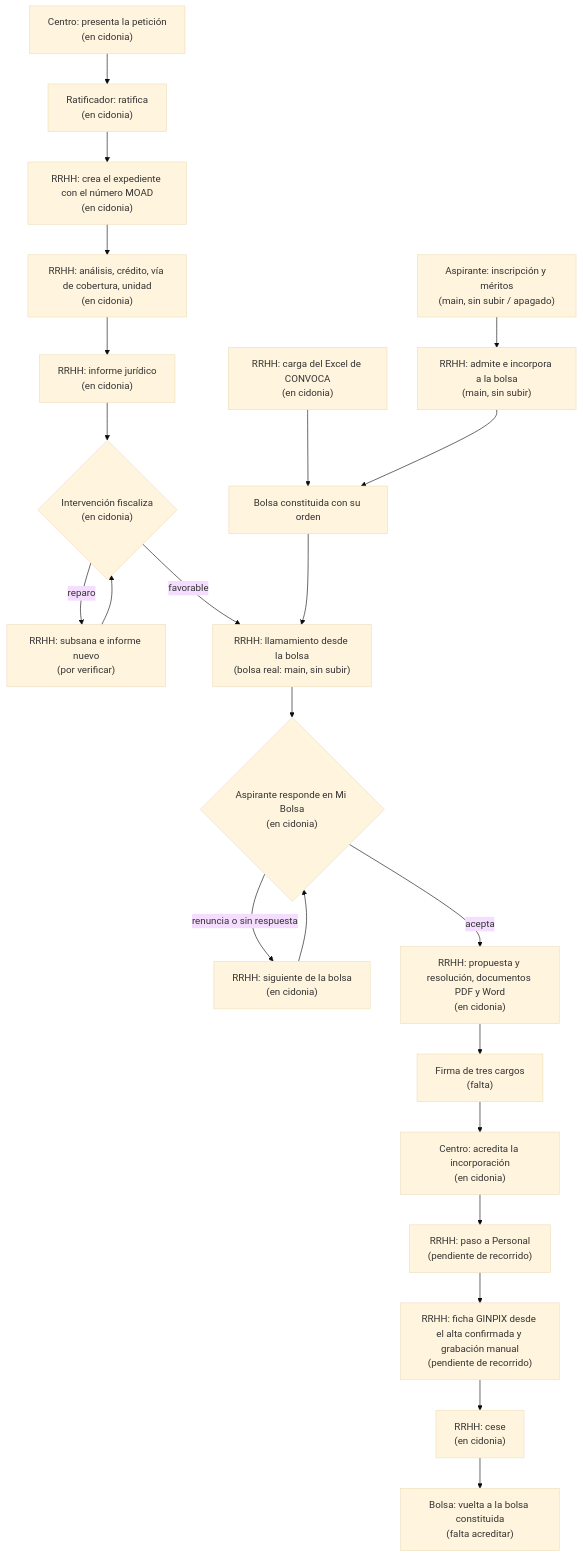
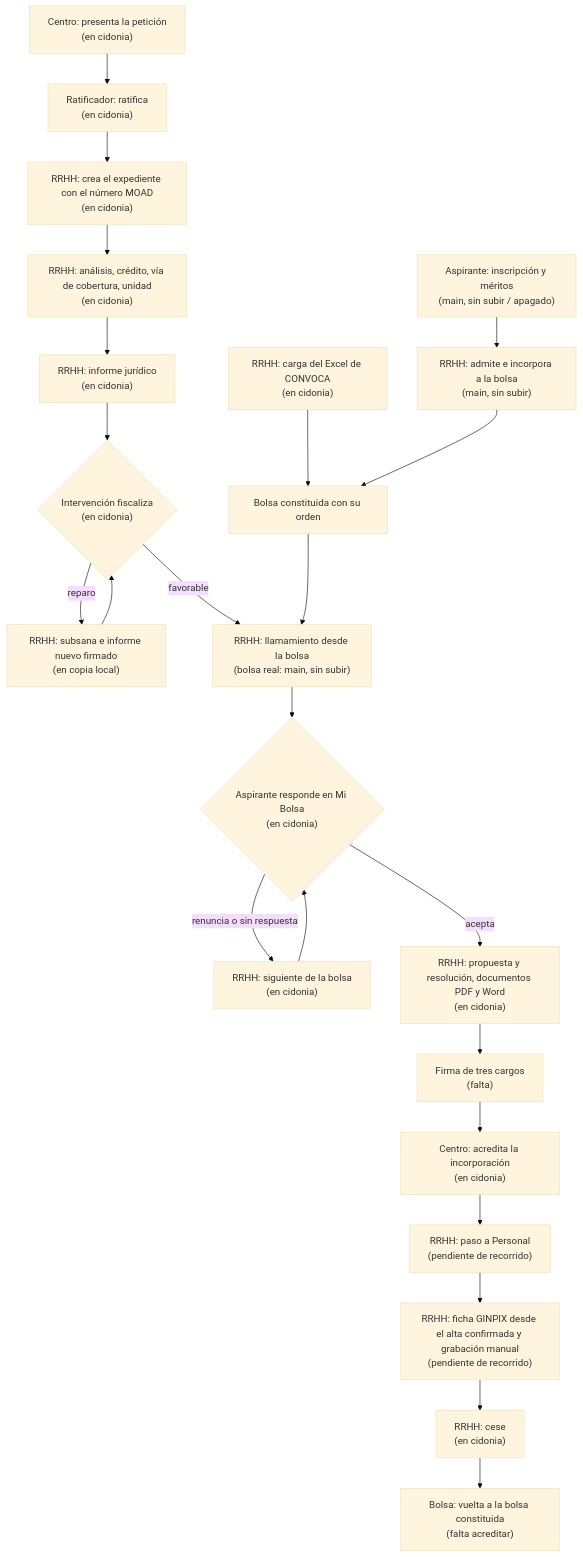
Before and after one commit to aavidad/VEC_Diputacion_app: the first of 3 diagrams in docs/producto/FLUJO_APP.md, drawn with Mermaid (base theme). The commit also changed other lines of this file and 4 other files, not shown here.

````diff
--- a/docs/producto/FLUJO_APP.md
+++ b/docs/producto/FLUJO_APP.md
@@ -391,25 +394,25 @@
 ```mermaid
 flowchart TD
   A1["Aspirante: inscripción y méritos<br/>(main, sin subir / apagado)"] --> R1["RRHH: admite e incorpora a la bolsa<br/>(main, sin subir)"]
   R0["RRHH: carga del Excel de CONVOCA<br/>(en cidonia)"] --> B["Bolsa constituida con su orden"]
   R1 --> B
   C1["Centro: presenta la petición<br/>(en cidonia)"] --> C2["Ratificador: ratifica<br/>(en cidonia)"]
   C2 --> R2["RRHH: crea el expediente con el número MOAD<br/>(en cidonia)"]
   R2 --> R3["RRHH: análisis, crédito, vía de cobertura, unidad<br/>(en cidonia)"]
   R3 --> R4["RRHH: informe jurídico<br/>(en cidonia)"]
   R4 --> I1{"Intervención fiscaliza<br/>(en cidonia)"}
-  I1 -- reparo --> R5["RRHH: subsana e informe nuevo<br/>(por verificar)"]
+  I1 -- reparo --> R5["RRHH: subsana e informe nuevo firmado<br/>(en copia local)"]
   R5 --> I1
   I1 -- favorable --> L1["RRHH: llamamiento desde la bolsa<br/>(bolsa real: main, sin subir)"]
   B --> L1
   L1 --> A2{"Aspirante responde en Mi Bolsa<br/>(en cidonia)"}
   A2 -- renuncia o sin respuesta --> L2["RRHH: siguiente de la bolsa<br/>(en cidonia)"]
   L2 --> A2
   A2 -- acepta --> R6["RRHH: propuesta y resolución, documentos PDF y Word<br/>(en cidonia)"]
   R6 --> F1["Firma de tres cargos<br/>(falta)"]
   F1 --> C3["Centro: acredita la incorporación<br/>(en cidonia)"]
   C3 --> P1["RRHH: paso a Personal<br/>(pendiente de recorrido)"]
   P1 --> G1["RRHH: ficha GINPIX desde el alta confirmada y grabación manual<br/>(pendiente de recorrido)"]
   G1 --> S1["RRHH: cese<br/>(en cidonia)"]
   S1 --> B2["Bolsa: vuelta a la bolsa constituida<br/>(falta acreditar)"]
 ```
````
